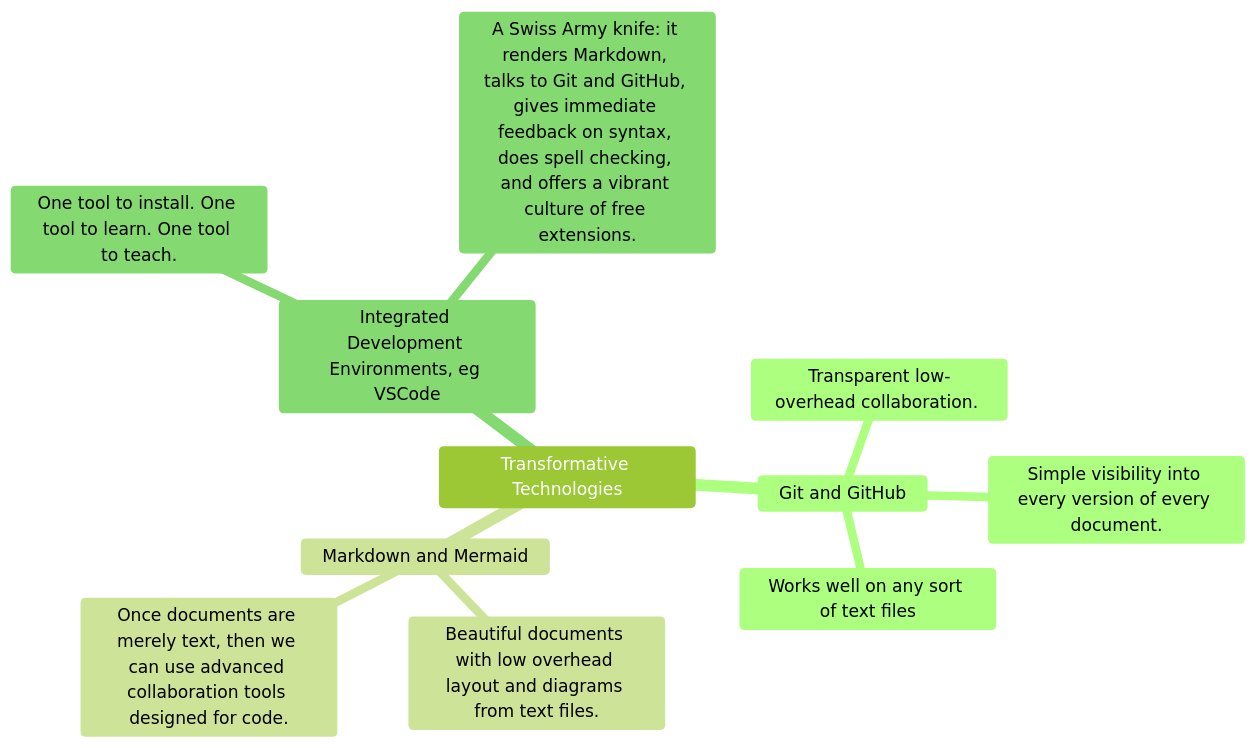
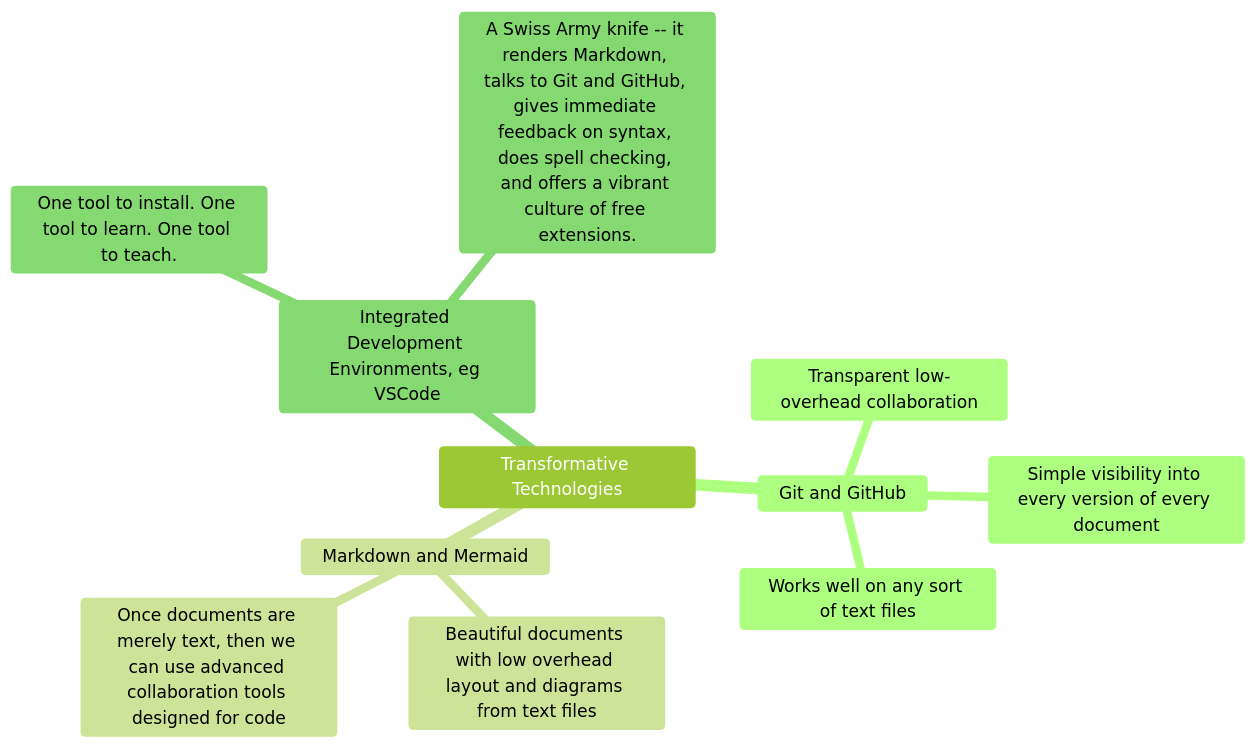
Before and after one commit to marshallflax/vision: the second of 4 diagrams in README.md, drawn with Mermaid.

Commit message:
Perhaps colons offend GitHub?

````diff
--- a/README.md
+++ b/README.md
@@ -36,17 +36,16 @@
 ```mermaid
 %%{init:{'theme':'forest'}}%%
 
 mindmap
  Transformative Technologies
   Git and GitHub
-    Transparent low-overhead collaboration. 
-    Simple visibility into every version of every document.
+    Transparent low-overhead collaboration
+    Simple visibility into every version of every document
     Works well on any sort of text files
   Markdown and Mermaid
-   Beautiful documents with low overhead layout and diagrams from text files.
-   Once documents are merely text, then we can use advanced collaboration tools designed for code.
+   Beautiful documents with low overhead layout and diagrams from text files
+   Once documents are merely text, then we can use advanced collaboration tools designed for code
   Integrated Development Environments, eg VSCode
    One tool to install. One tool to learn. One tool to teach.
-   A Swiss Army knife: it renders Markdown, talks to Git and GitHub, gives immediate feedback on syntax, does spell checking, and offers a vibrant culture of free extensions.
-
+   A Swiss Army knife -- it renders Markdown, talks to Git and GitHub, gives immediate feedback on syntax, does spell checking, and offers a vibrant culture of free extensions.
 ```
````
